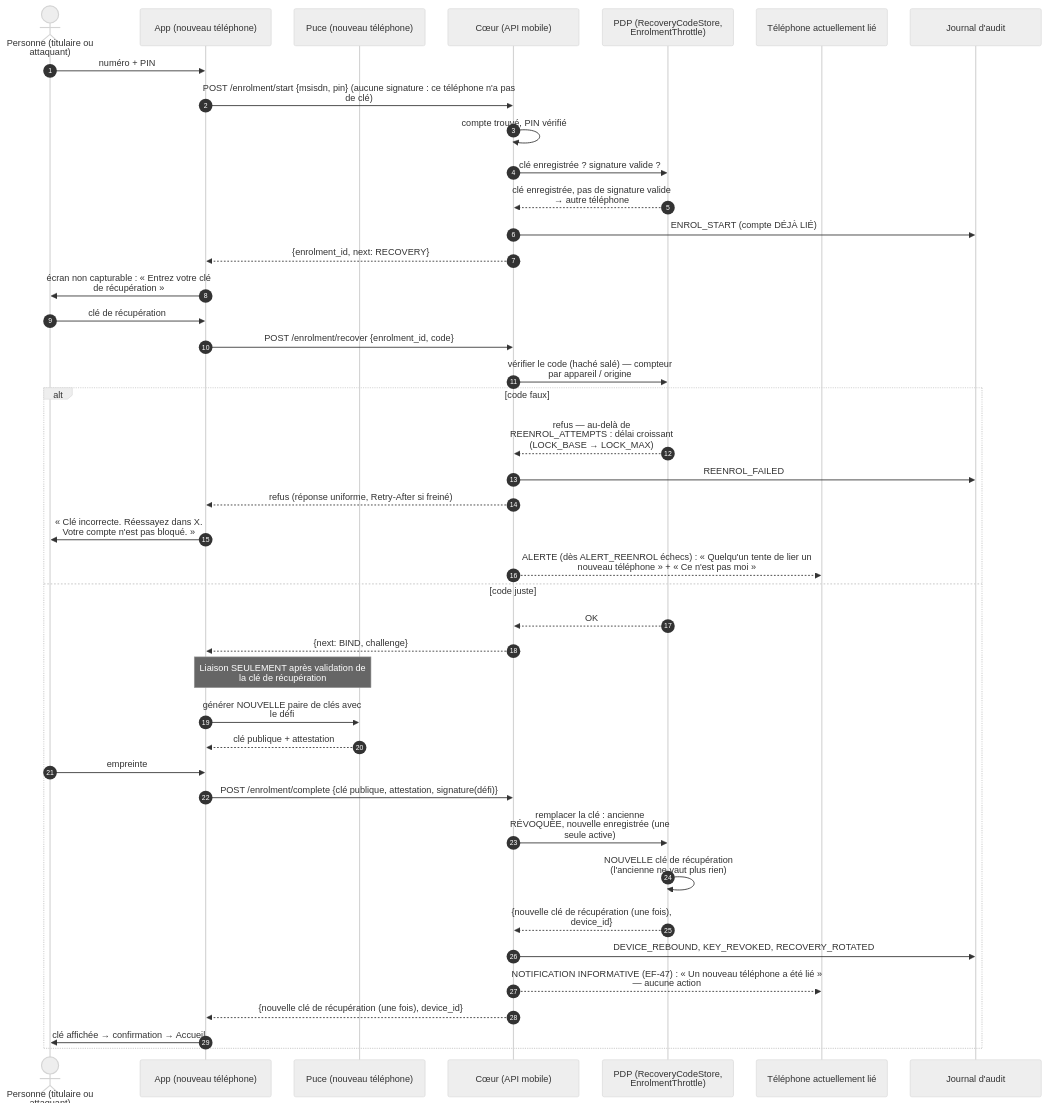
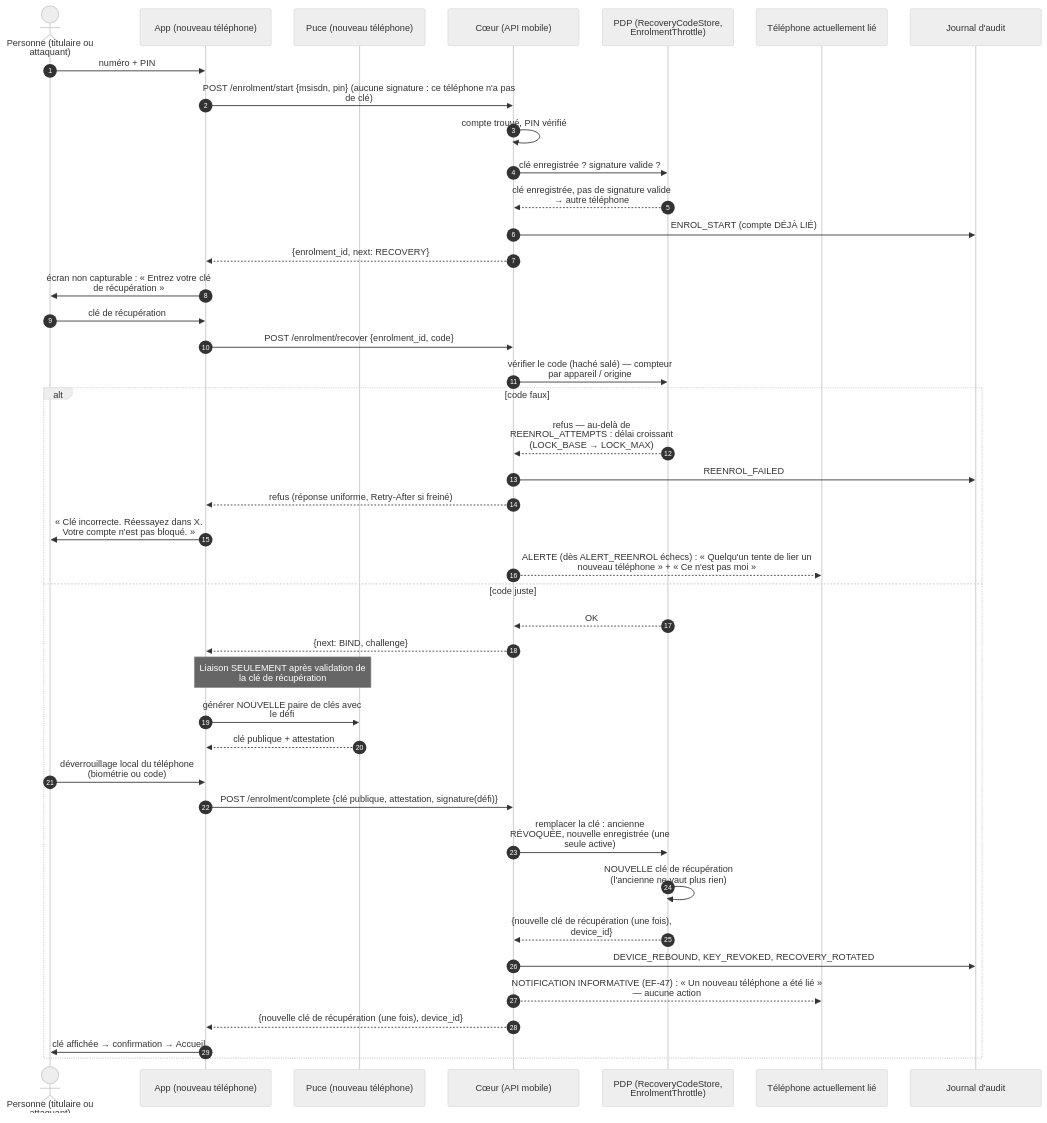
One commit to kateyvana/Identishield-CM changed the diagram in docs/02-specifications/mobile/diagrams/D4_reenrolement.mmd. Above: the diagram before and after it, drawn with Mermaid. The commit also changed 12 other files, not shown here.

First line of the commit message:
docs(mobile): MOB-VOCAB — « empreinte » remplacé ; la biométrie n'est pas un facteur

```diff
--- a/docs/02-specifications/mobile/diagrams/D4_reenrolement.mmd
+++ b/docs/02-specifications/mobile/diagrams/D4_reenrolement.mmd
@@ -1,43 +1,43 @@
 %%{init: {'theme':'neutral','sequence':{'wrap':true,'width':230,'messageFontSize':17,'actorFontSize':17,'noteFontSize':16,'actorMargin':40,'messageMargin':30}}}%%
 sequenceDiagram
     autonumber
     actor U as Personne (titulaire ou attaquant)
     participant A as App (nouveau téléphone)
     participant K as Puce (nouveau téléphone)
     participant S as Cœur (API mobile)
     participant P as PDP (RecoveryCodeStore, EnrolmentThrottle)
     participant D0 as Téléphone actuellement lié
     participant J as Journal d'audit
     U->>A: numéro + PIN
     A->>S: POST /enrolment/start {msisdn, pin} (aucune signature : ce téléphone n'a pas de clé)
     S->>S: compte trouvé, PIN vérifié
     S->>P: clé enregistrée ? signature valide ?
     P-->>S: clé enregistrée, pas de signature valide → autre téléphone
     S->>J: ENROL_START (compte DÉJÀ LIÉ)
     S-->>A: {enrolment_id, next: RECOVERY}
     A->>U: écran non capturable : « Entrez votre clé de récupération »
     U->>A: clé de récupération
     A->>S: POST /enrolment/recover {enrolment_id, code}
     S->>P: vérifier le code (haché salé) — compteur par appareil / origine
     alt code faux
         P-->>S: refus — au-delà de REENROL_ATTEMPTS : délai croissant (LOCK_BASE → LOCK_MAX)
         S->>J: REENROL_FAILED
         S-->>A: refus (réponse uniforme, Retry-After si freiné)
         A->>U: « Clé incorrecte. Réessayez dans X. Votre compte n'est pas bloqué. »
         S-->>D0: ALERTE (dès ALERT_REENROL échecs) : « Quelqu'un tente de lier un nouveau téléphone » + « Ce n'est pas moi »
     else code juste
         P-->>S: OK
         S-->>A: {next: BIND, challenge}
         Note over A,K: Liaison SEULEMENT après validation de la clé de récupération
         A->>K: générer NOUVELLE paire de clés avec le défi
         K-->>A: clé publique + attestation
-        U->>A: empreinte
+        U->>A: déverrouillage local du téléphone (biométrie ou code)
         A->>S: POST /enrolment/complete {clé publique, attestation, signature(défi)}
         S->>P: remplacer la clé : ancienne RÉVOQUÉE, nouvelle enregistrée (une seule active)
         P->>P: NOUVELLE clé de récupération (l'ancienne ne vaut plus rien)
         P-->>S: {nouvelle clé de récupération (une fois), device_id}
         S->>J: DEVICE_REBOUND, KEY_REVOKED, RECOVERY_ROTATED
         S-->>D0: NOTIFICATION INFORMATIVE (EF-47) : « Un nouveau téléphone a été lié » — aucune action
         S-->>A: {nouvelle clé de récupération (une fois), device_id}
         A->>U: clé affichée → confirmation → Accueil
     end
```
